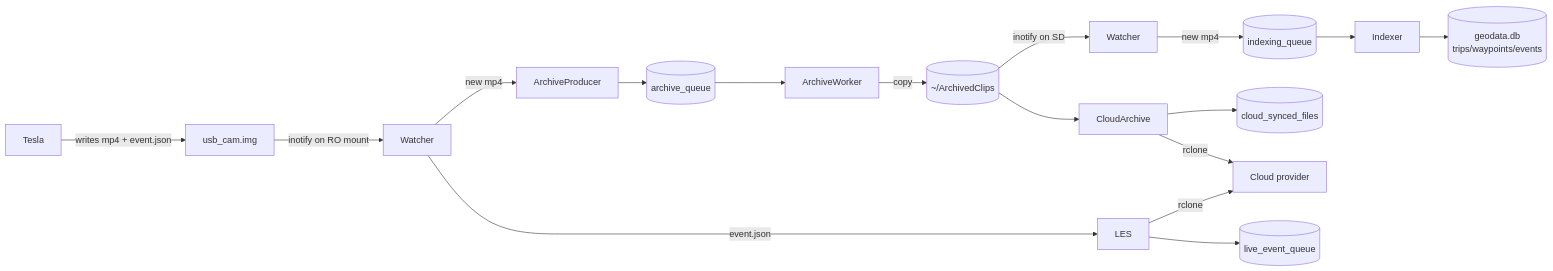
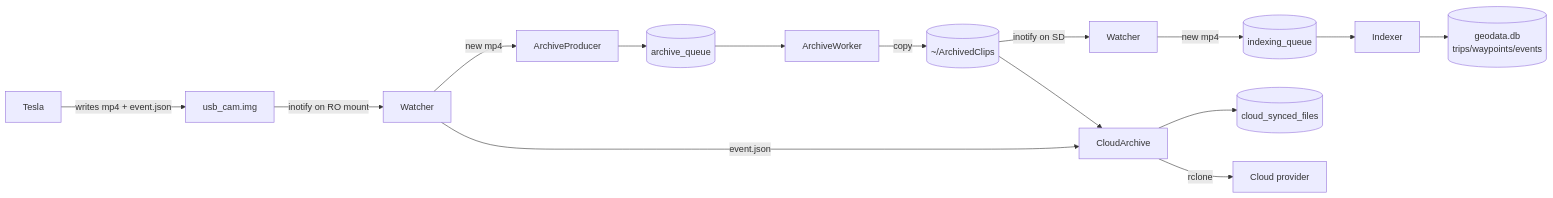
Before and after one commit to mphacker/TeslaUSB: the second of 2 diagrams in docs/ARCHITECTURE.md, drawn with Mermaid. The commit also changed other lines of this file and 8 other files, not shown here.

First line of the commit message:
chore(#202): drop legacy live_event_queue table (cloud_sync.db v3->v4) (#206)

````diff
--- a/docs/ARCHITECTURE.md
+++ b/docs/ARCHITECTURE.md
@@ -260,19 +266,17 @@
 ```mermaid
 flowchart LR
     Tesla -->|writes mp4 + event.json| GadgetIMG[usb_cam.img]
     GadgetIMG -->|inotify on RO mount| Watcher
     Watcher -->|new mp4| ArchiveProducer
-    Watcher -->|event.json| LES
+    Watcher -->|event.json| CloudArchive
     ArchiveProducer --> ArchiveQueue[(archive_queue)]
     ArchiveQueue --> ArchiveWorker
     ArchiveWorker -->|copy| ArchivedClips[(~/ArchivedClips)]
     ArchivedClips -->|inotify on SD| Watcher2[Watcher]
     Watcher2 -->|new mp4| IndexQueue[(indexing_queue)]
     IndexQueue --> Indexer
     Indexer --> GeoDB[(geodata.db<br/>trips/waypoints/events)]
     ArchivedClips --> CloudArchive
     CloudArchive --> CloudDB[(cloud_synced_files)]
     CloudArchive -->|rclone| CloudProvider[Cloud provider]
-    LES --> LESQueue[(live_event_queue)]
-    LES -->|rclone| CloudProvider
 ```
````
